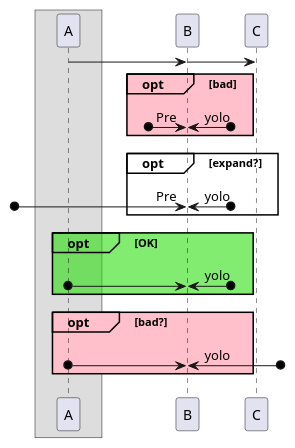
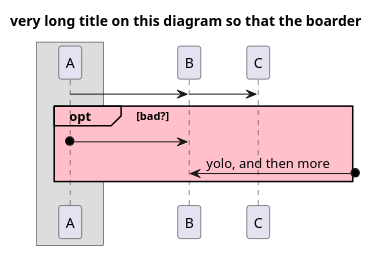
The first of 3 diagrams in testteozgroup.puml (jimnelson372/plantuml_fork), drawn with PlantUML before and after one commit. The commit also changed other lines of this file and 14 other files, not shown here.

```diff
--- a/testteozgroup.puml
+++ b/testteozgroup.puml
@@ -1,31 +2,16 @@
 @startuml
 !pragma teoz true
+title very long title on this diagram so that the boarder
 skinparam ParticipantPadding 18
 skinparam BoxPadding 20
 box
 participant A
 end box
   A -> B
 & B -> C
-opt#transparent #pink bad /'in teoz'/
-?o-> B : Pre
-& B <-o? : yolo
-'& C -[hidden]> C /' enlarge opt box '/
-end
-opt#transparent expand?
-[o-> B : Pre
-& B <-o? : yolo
-'& C -[hidden]> C /' enlarge opt box '/
-'& C -[hidden]> B
-end
-opt#transparent #20DD0090 OK
-  A o-> B
-& B <-o? : yolo
-'& C -[hidden]> C /' enlarge opt box '/
-end
 opt#transparent #pink bad?
   A o-> B
-& B <-o] : yolo
+ B <-o] : yolo, and then more
 '& C -[hidden]> C /' enlarge opt box '/
 end
 @enduml
```
